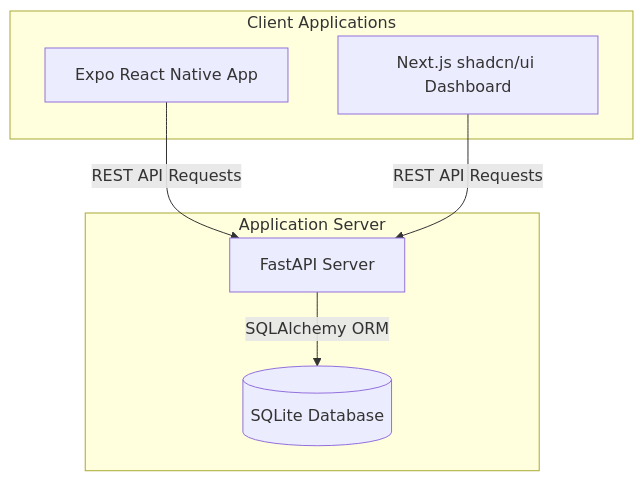
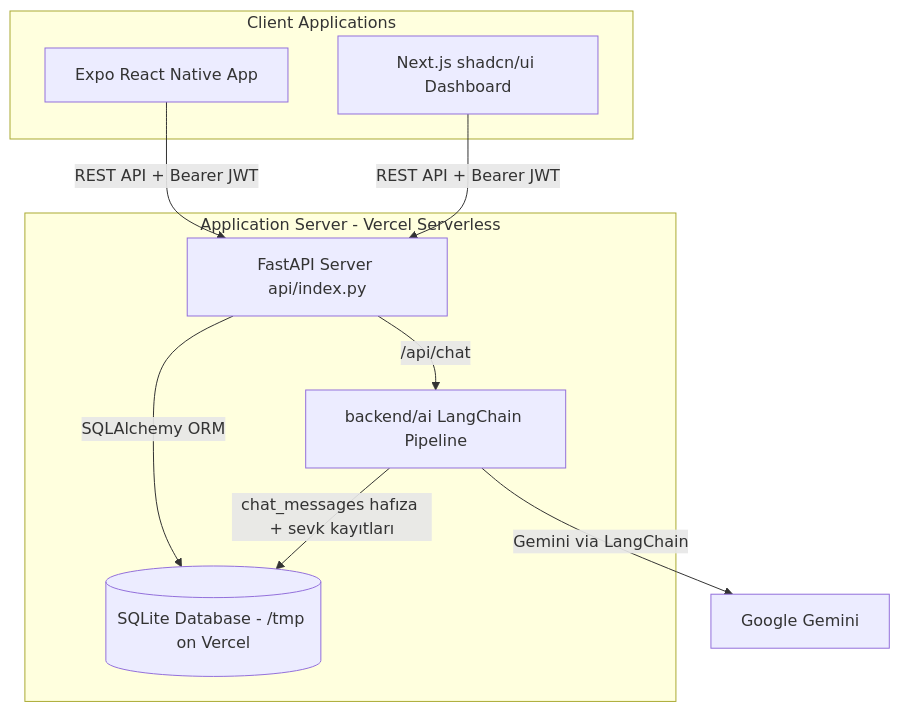
Before and after one commit to YZTA-Bootcamp-Group-34/Monorepo: the diagram in .clinerules/systemPatterns.md, drawn with Mermaid. The commit also changed other lines of this file and 27 other files, not shown here.

````diff
--- a/.clinerules/systemPatterns.md
+++ b/.clinerules/systemPatterns.md
@@ -7,16 +7,20 @@
 ```mermaid
 graph TD
     subgraph Client Applications
         Mobile[Expo React Native App]
         Doctor[Next.js shadcn/ui Dashboard]
     end
-    
-    subgraph Application Server
-        API[FastAPI Server]
-        DB[(SQLite Database)]
+
+    subgraph Application Server - Vercel Serverless
+        API[FastAPI Server api/index.py]
+        AI[backend/ai LangChain Pipeline]
+        DB[(SQLite Database - /tmp on Vercel)]
     end
-    
-    Mobile -->|REST API Requests| API
-    Doctor -->|REST API Requests| API
+
+    Mobile -->|REST API + Bearer JWT| API
+    Doctor -->|REST API + Bearer JWT| API
     API -->|SQLAlchemy ORM| DB
+    API -->|/api/chat| AI
+    AI -->|Gemini via LangChain| LLM[Google Gemini]
+    AI -->|chat_messages hafıza + sevk kayıtları| DB
 ```
````
